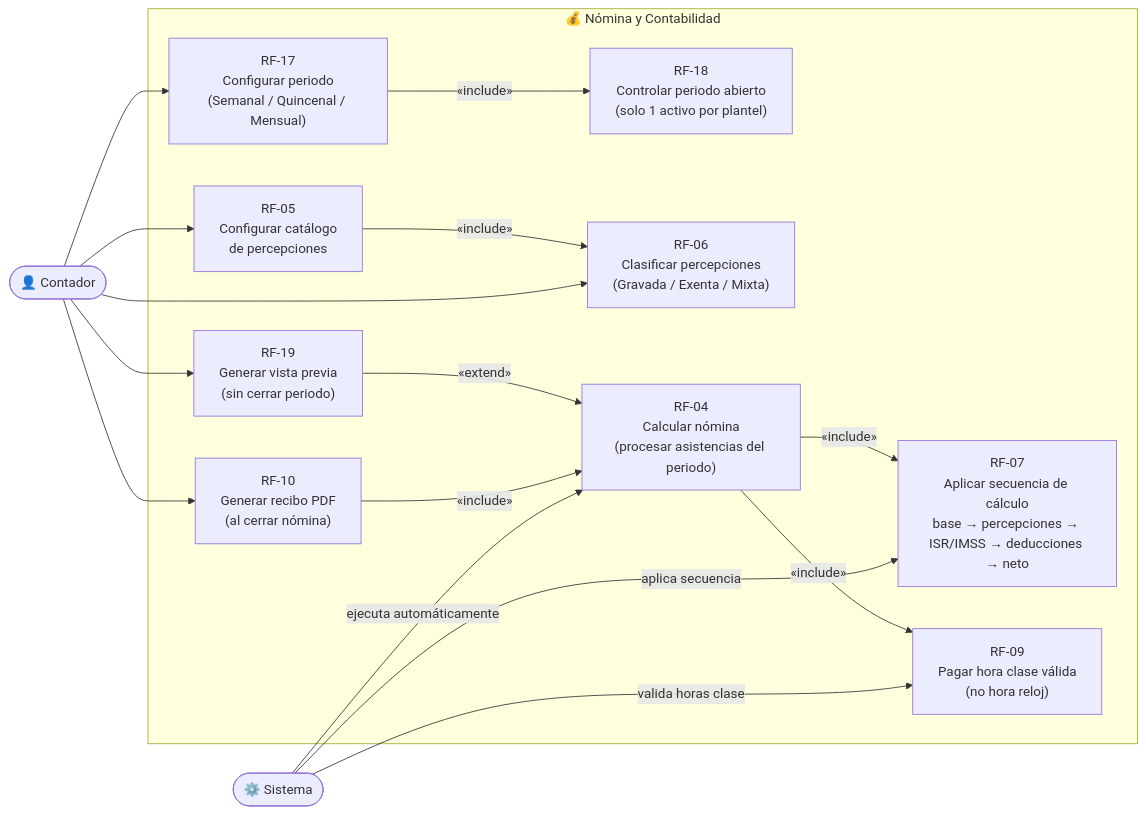
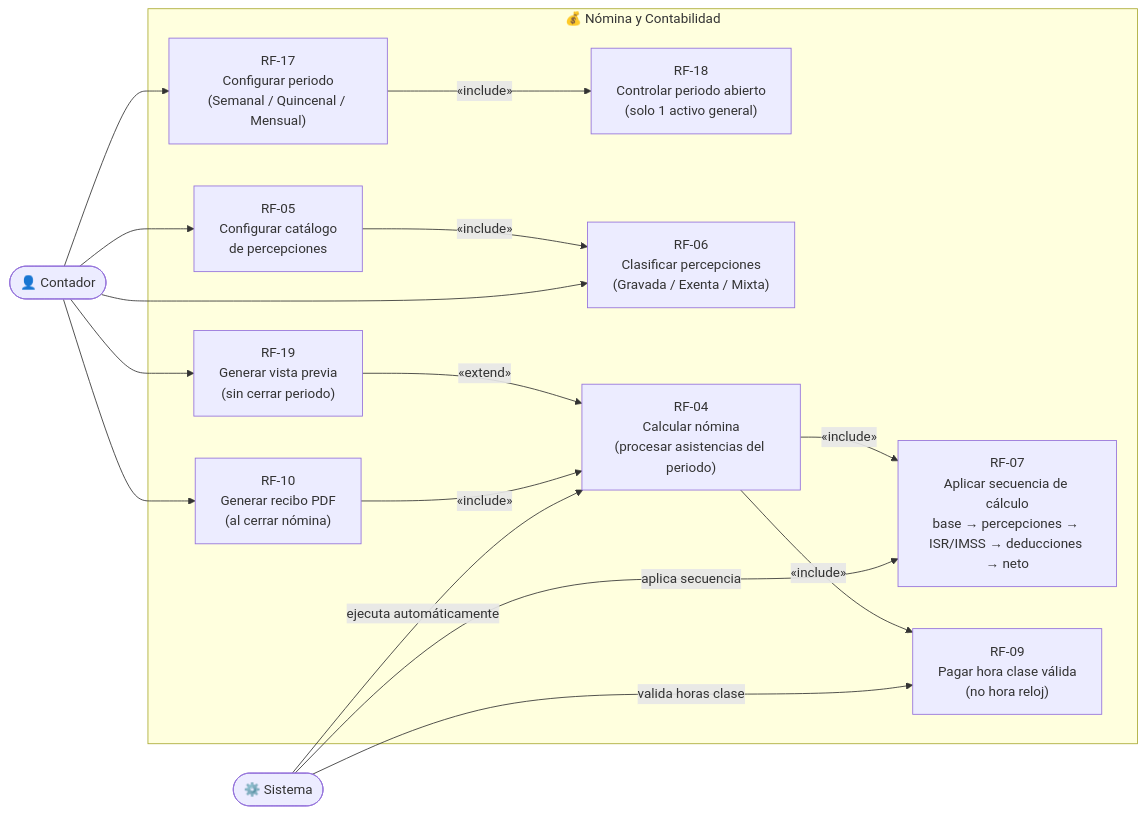
One commit to JuanMarcoGosselin/Saltix changed the fourth of 5 diagrams in docs/diseno/STX-CORE-UML-CASOS-USO-v1.0.md. Above: the diagram before and after it, drawn with Mermaid. The commit also changed 18 other files, not shown here.

````diff
--- a/docs/diseno/STX-CORE-UML-CASOS-USO-v1.0.md
+++ b/docs/diseno/STX-CORE-UML-CASOS-USO-v1.0.md
@@ -189,33 +189,33 @@
 ```mermaid
 flowchart LR
     Cont(["👤 Contador"])
     Sys(["⚙️ Sistema"])
 
     subgraph MOD3["💰 Nómina y Contabilidad"]
         UC17["RF-17\nConfigurar periodo\n(Semanal / Quincenal / Mensual)"]
-        UC18["RF-18\nControlar periodo abierto\n(solo 1 activo por plantel)"]
+        UC18["RF-18\nControlar periodo abierto\n(solo 1 activo general)"]
         UC05["RF-05\nConfigurar catálogo\nde percepciones"]
         UC06["RF-06\nClasificar percepciones\n(Gravada / Exenta / Mixta)"]
         UC04["RF-04\nCalcular nómina\n(procesar asistencias del periodo)"]
         UC07["RF-07\nAplicar secuencia de cálculo\nbase → percepciones → ISR/IMSS → deducciones → neto"]
         UC09["RF-09\nPagar hora clase válida\n(no hora reloj)"]
         UC19["RF-19\nGenerar vista previa\n(sin cerrar periodo)"]
         UC10["RF-10\nGenerar recibo PDF\n(al cerrar nómina)"]
 
         UC17 -->|"«include»"| UC18
         UC04 -->|"«include»"| UC07
         UC04 -->|"«include»"| UC09
         UC05 -->|"«include»"| UC06
         UC19 -->|"«extend»"| UC04
         UC10 -->|"«include»"| UC04
     end
 
     Cont --> UC17
     Cont --> UC05
     Cont --> UC06
     Cont --> UC19
     Cont --> UC10
     Sys  -->|"ejecuta automáticamente"| UC04
     Sys  -->|"aplica secuencia"| UC07
     Sys  -->|"valida horas clase"| UC09
 ```
````
